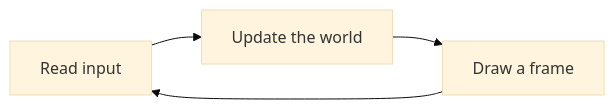
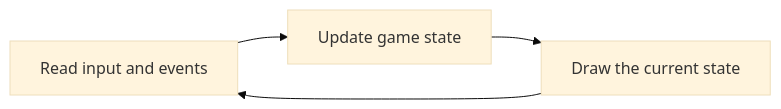
The diagram in _pages/01-start-here/04-how-games-organize-data.md (MustCodeAl/rust-game-hacking-book), drawn with Mermaid (base theme) before and after one commit. The commit also changed other lines of this file and 73 other files, not shown here.

````diff
--- a/_pages/01-start-here/04-how-games-organize-data.md
+++ b/_pages/01-start-here/04-how-games-organize-data.md
@@ -18,6 +23,6 @@
 ```mermaid
 flowchart LR
-    A["Read input"] --> B["Update the world"]
-    B --> C["Draw a frame"]
-    C --> A
+    Input[Read input and events] --> Update[Update game state]
+    Update --> Draw[Draw the current state]
+    Draw --> Input
 ```
````
